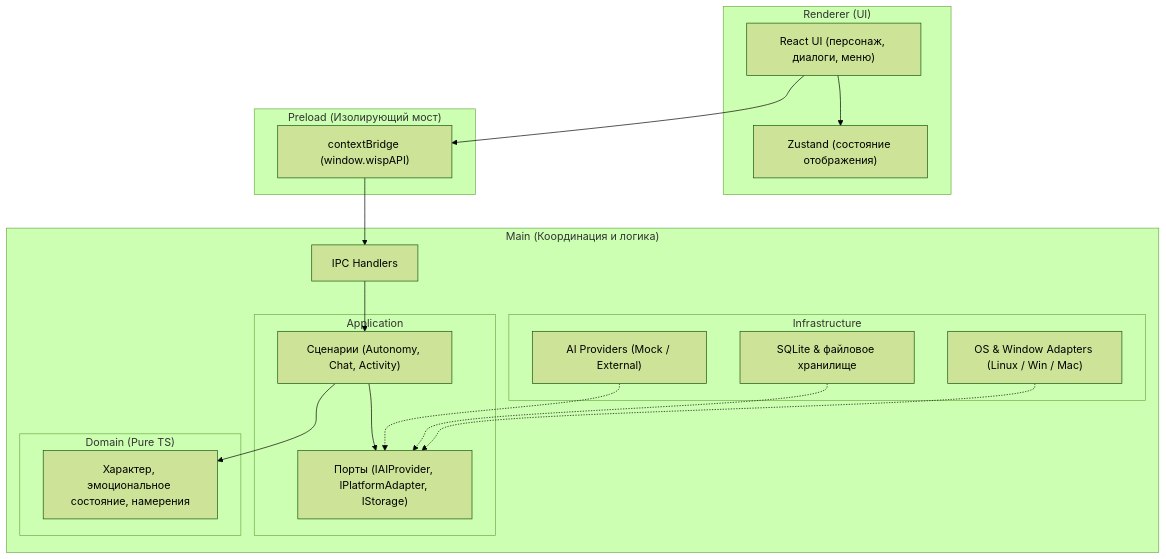
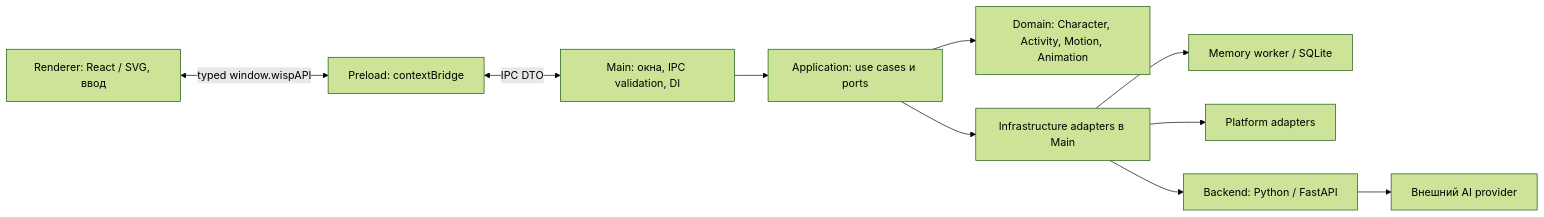
Before and after one commit to zyzycode/project_wisp: the diagram in ARCHITECTURE.md, drawn with Mermaid (forest theme). The commit also changed other lines of this file and 96 other files, not shown here.

````diff
--- a/ARCHITECTURE.md
+++ b/ARCHITECTURE.md
@@ -17,41 +7,12 @@
 ```mermaid
-flowchart TD
-    subgraph Renderer_Process ["Renderer (UI)"]
-        UI["React UI (персонаж, диалоги, меню)"]
-        ViewState["Zustand (состояние отображения)"]
-        UI --> ViewState
-    end
-
-    subgraph Preload_Layer ["Preload (Изолирующий мост)"]
-        Bridge["contextBridge (window.wispAPI)"]
-    end
-
-    subgraph Main_Process ["Main (Координация и логика)"]
-        IPC["IPC Handlers"]
-
-        subgraph Application_Layer ["Application"]
-            UseCases["Сценарии (Autonomy, Chat, Activity)"]
-            Ports["Порты (IAIProvider, IPlatformAdapter, IStorage)"]
-        end
-
-        subgraph Domain_Layer ["Domain (Pure TS)"]
-            Domain["Характер, эмоциональное состояние, намерения"]
-        end
-
-        subgraph Infrastructure_Layer ["Infrastructure"]
-            AI["AI Providers (Mock / External)"]
-            Storage["SQLite & файловое хранилище"]
-            Platform["OS & Window Adapters (Linux / Win / Mac)"]
-        end
-
-        IPC --> UseCases
-        UseCases --> Domain
-        UseCases --> Ports
-        AI -.-> Ports
-        Storage -.-> Ports
-        Platform -.-> Ports
-    end
-
-    UI --> Bridge
-    Bridge --> IPC
+flowchart LR
+    UI["Renderer: React / SVG, ввод"] <-->|"typed window.wispAPI"| Bridge["Preload: contextBridge"]
+    Bridge <-->|"IPC DTO"| Main["Main: окна, IPC validation, DI"]
+    Main --> App["Application: use cases и ports"]
+    App --> Domain["Domain: Character, Activity, Motion, Animation"]
+    App --> Infra["Infrastructure adapters в Main"]
+    Infra --> Worker["Memory worker / SQLite"]
+    Infra --> OS["Platform adapters"]
+    Infra --> Backend["Backend: Python / FastAPI"]
+    Backend --> Provider["Внешний AI provider"]
 ```
````
